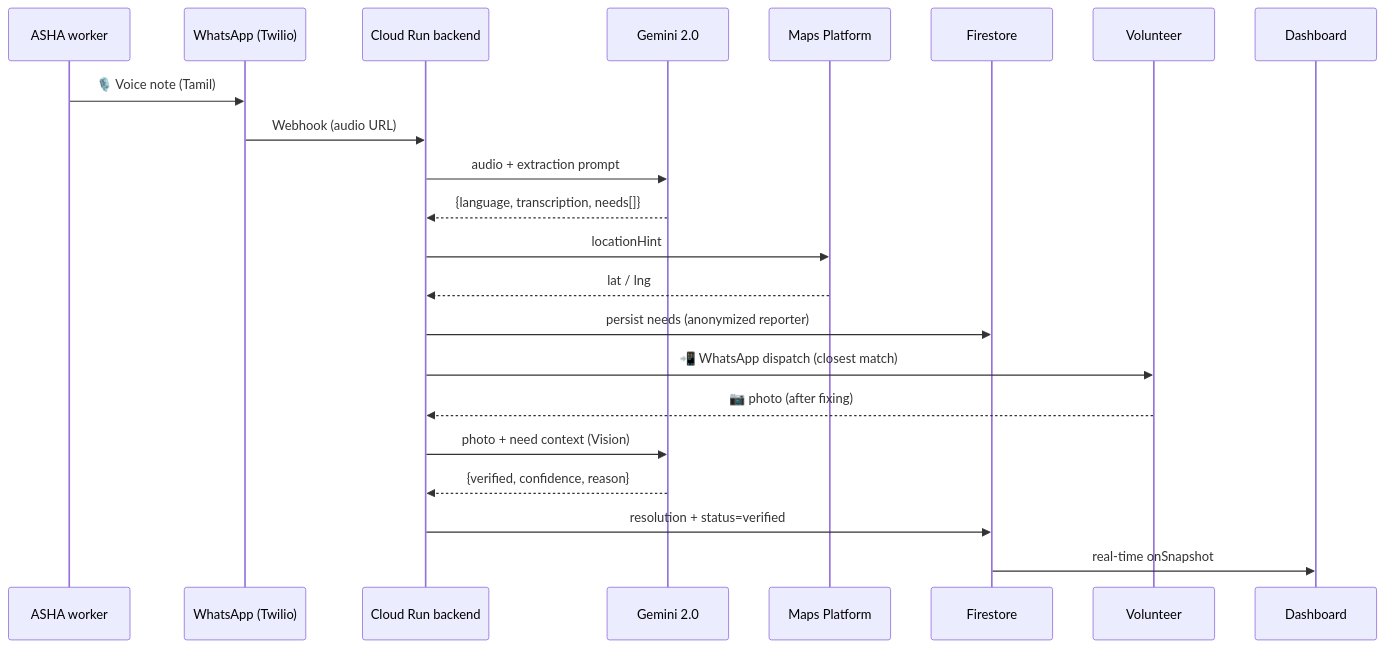
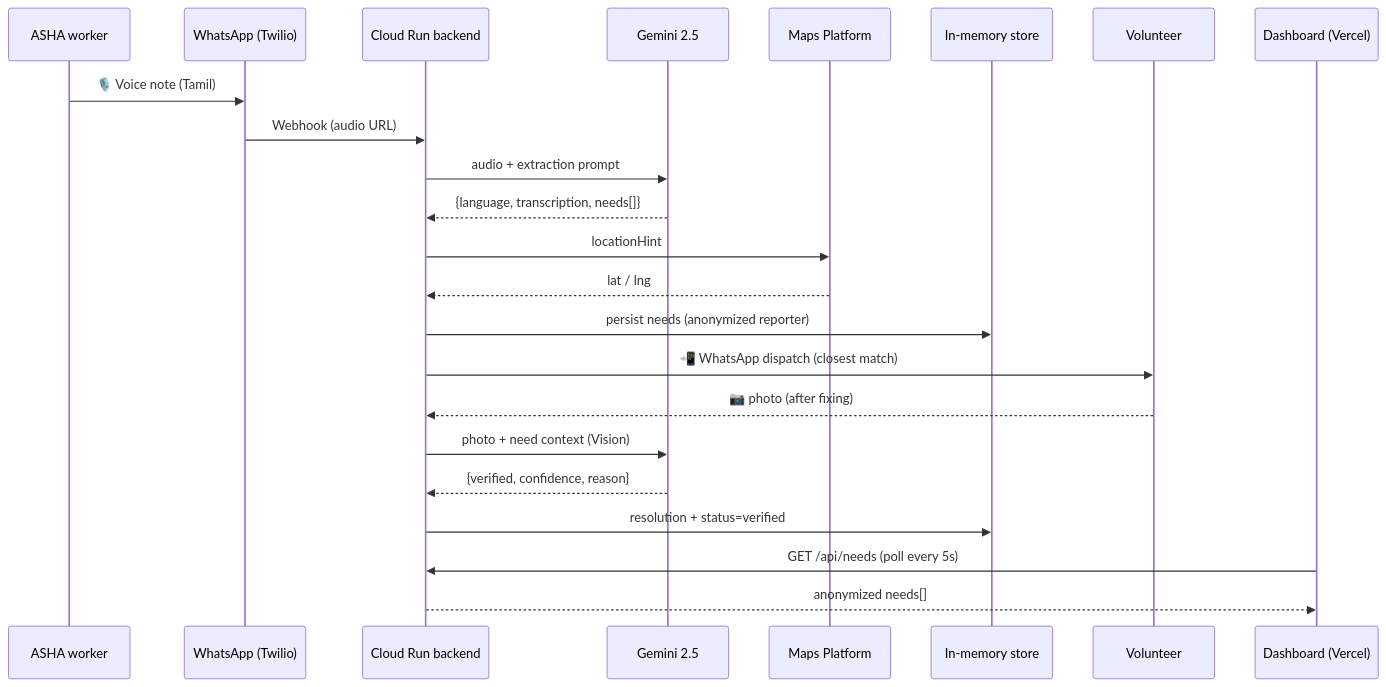
One commit to Mithran-MV/SAHAYA changed the diagram in README.md. Above: the diagram before and after it, drawn with Mermaid. The commit also changed other lines of this file and 41 other files, not shown here.

First line of the commit message:
Refactor: drop Firebase entirely; in-memory store + REST polling + Vercel

````diff
--- a/README.md
+++ b/README.md
@@ -39,25 +40,26 @@
 ```mermaid
 sequenceDiagram
     participant ASHA as ASHA worker
     participant WA as WhatsApp (Twilio)
     participant CR as Cloud Run backend
-    participant Gem as Gemini 2.0
+    participant Gem as Gemini 2.5
     participant Maps as Maps Platform
-    participant FS as Firestore
+    participant Mem as In-memory store
     participant Vol as Volunteer
-    participant Dash as Dashboard
+    participant Dash as Dashboard (Vercel)
 
     ASHA->>WA: 🎙️ Voice note (Tamil)
     WA->>CR: Webhook (audio URL)
     CR->>Gem: audio + extraction prompt
     Gem-->>CR: {language, transcription, needs[]}
     CR->>Maps: locationHint
     Maps-->>CR: lat / lng
-    CR->>FS: persist needs (anonymized reporter)
+    CR->>Mem: persist needs (anonymized reporter)
     CR->>Vol: 📲 WhatsApp dispatch (closest match)
     Vol-->>CR: 📷 photo (after fixing)
     CR->>Gem: photo + need context (Vision)
     Gem-->>CR: {verified, confidence, reason}
-    CR->>FS: resolution + status=verified
-    FS->>Dash: real-time onSnapshot
+    CR->>Mem: resolution + status=verified
+    Dash->>CR: GET /api/needs (poll every 5s)
+    CR-->>Dash: anonymized needs[]
 ```
````
